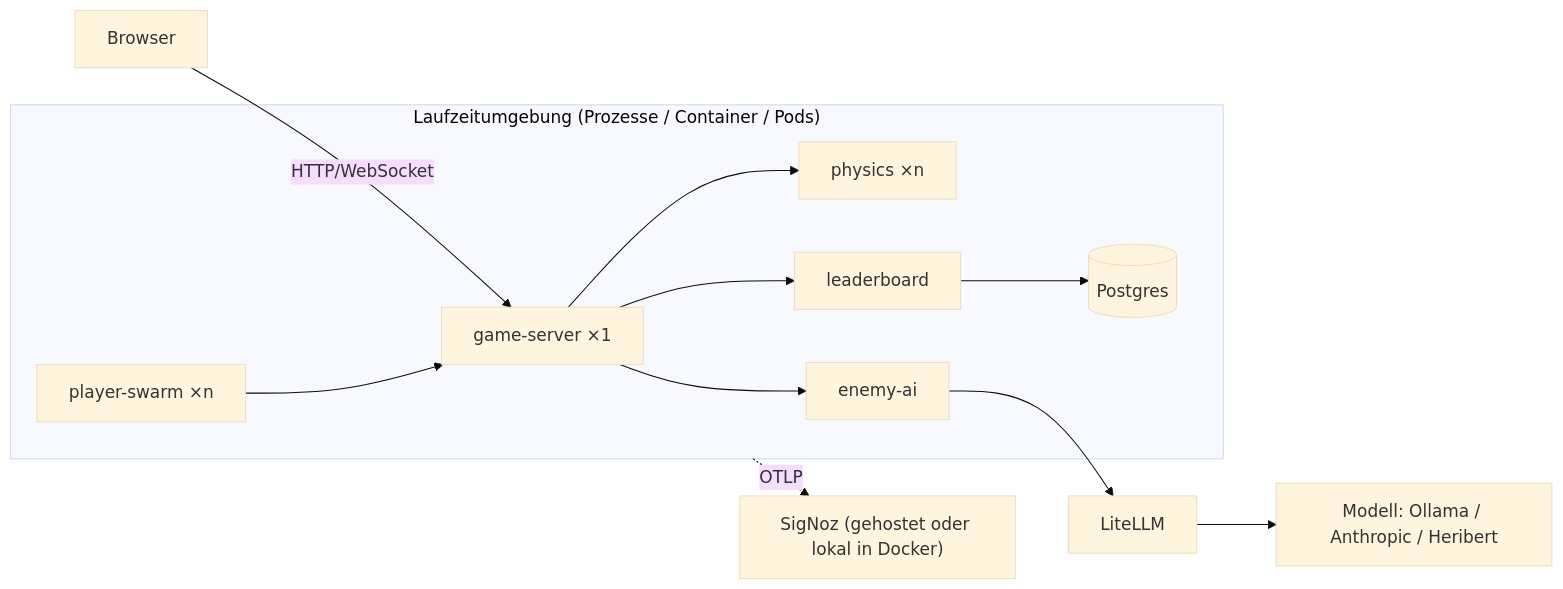
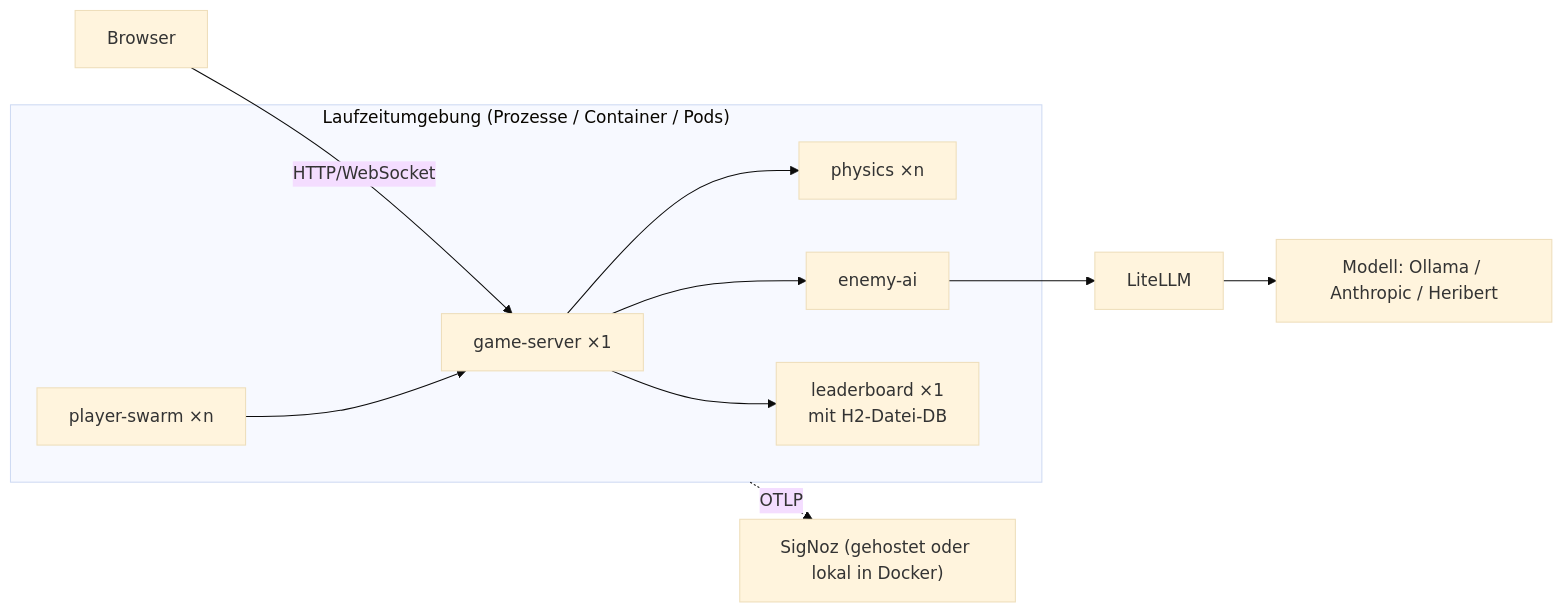
One commit to c-kaiser/u-boot-arcade changed the diagram in arc-doc/07-Verteilungssicht/07-01-Infrastruktur.md. Above: the diagram before and after it, drawn with Mermaid (base theme). The commit also changed other lines of this file and 31 other files, not shown here.

First line of the commit message:
Leaderboard: H2-Datei-DB statt Postgres in allen Betriebsarten

````diff
--- a/arc-doc/07-Verteilungssicht/07-01-Infrastruktur.md
+++ b/arc-doc/07-Verteilungssicht/07-01-Infrastruktur.md
@@ -20,17 +20,15 @@
 ```mermaid
 flowchart LR
     U["Browser"] -- "HTTP/WebSocket" --> GS
     subgraph Knoten["Laufzeitumgebung (Prozesse / Container / Pods)"]
         GS["game-server ×1"]
         PH["physics ×n"]
         AI["enemy-ai"]
-        LB["leaderboard"]
+        LB["leaderboard ×1<br/>mit H2-Datei-DB"]
         SW["player-swarm ×n"]
-        DB[("Postgres")]
     end
     SW --> GS
     GS --> PH & AI & LB
-    LB --> DB
     AI --> LL["LiteLLM"] --> M["Modell: Ollama / Anthropic / Heribert"]
     Knoten -. OTLP .-> O["SigNoz (gehostet oder lokal in Docker)"]
 ```
````
